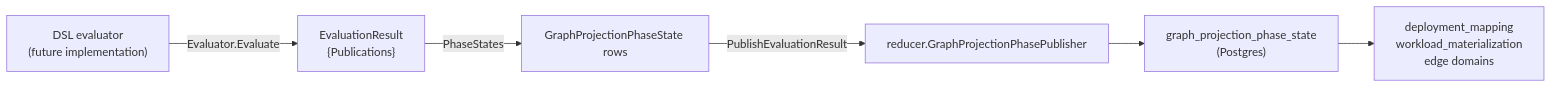
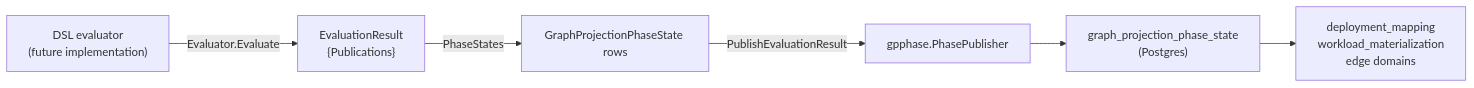
One commit to eshu-hq/eshu changed the diagram in go/internal/reducer/dsl/README.md. Above: the diagram before and after it, drawn with Mermaid. The commit also changed other lines of this file and 9 other files, not shown here.

````diff
--- a/go/internal/reducer/dsl/README.md
+++ b/go/internal/reducer/dsl/README.md
@@ -9,8 +9,8 @@
 ```mermaid
 flowchart LR
   DSLSubstrate["DSL evaluator\n(future implementation)"] -->|Evaluator.Evaluate| Result["EvaluationResult\n{Publications}"]
   Result -->|PhaseStates| PhaseRows["GraphProjectionPhaseState rows"]
-  PhaseRows -->|PublishEvaluationResult| Publisher["reducer.GraphProjectionPhasePublisher"]
+  PhaseRows -->|PublishEvaluationResult| Publisher["gpphase.PhasePublisher"]
   Publisher --> PhaseTable["graph_projection_phase_state\n(Postgres)"]
   PhaseTable --> DownstreamDomains["deployment_mapping\nworkload_materialization\nedge domains"]
 ```
````
